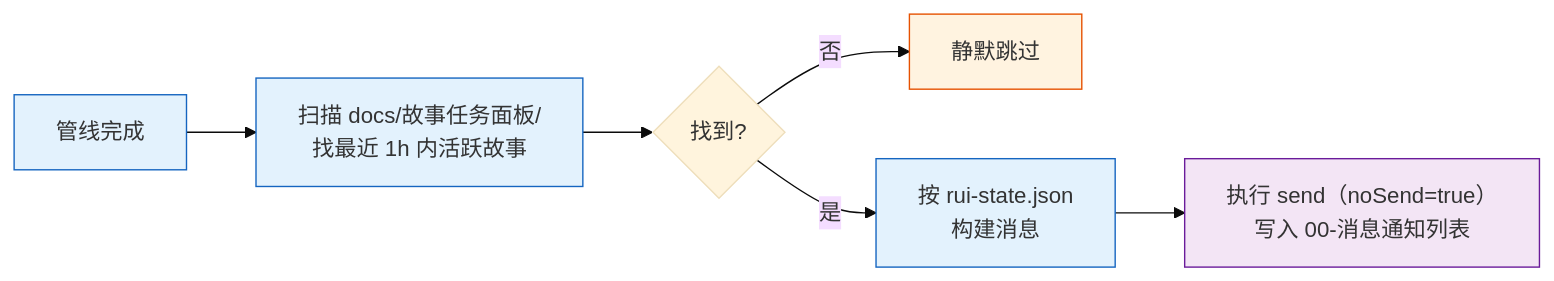
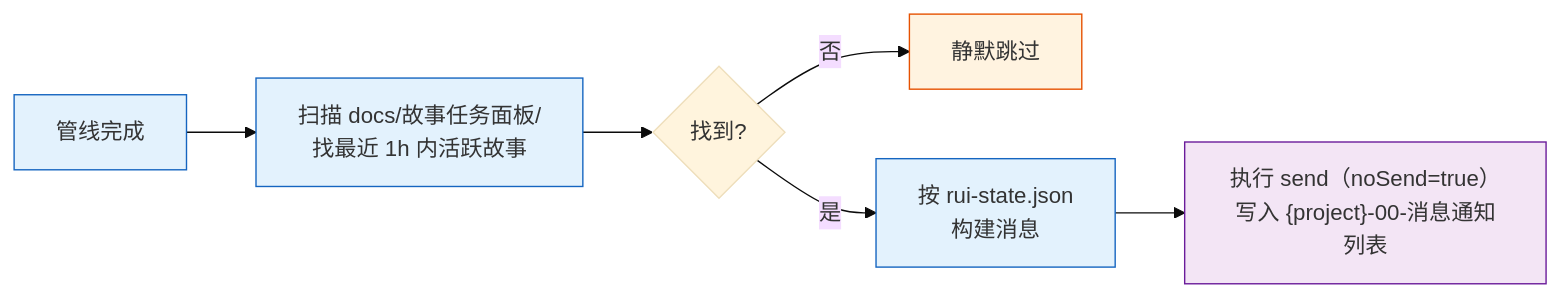
Before and after one commit to effiy/YrY: the eighth of 11 diagrams in skills/wework-bot/SKILL.md, drawn with Mermaid (base theme). The commit also changed other lines of this file and 17 other files, not shown here.

````diff
--- a/skills/wework-bot/SKILL.md
+++ b/skills/wework-bot/SKILL.md
@@ -272,13 +272,13 @@
 ```mermaid
 flowchart LR
     PIPE["管线完成"]:::s --> SCAN["扫描 docs/故事任务面板/<br/>找最近 1h 内活跃故事"]:::op
     SCAN --> Q{"找到?"}
     Q -->|"否"| SKIP["静默跳过"]:::warn
     Q -->|"是"| BUILD["按 rui-state.json<br/>构建消息"]:::op
-    BUILD --> APPEND["执行 send（noSend=true）<br/>写入 00-消息通知列表"]:::out
+    BUILD --> APPEND["执行 send（noSend=true）<br/>写入 {project}-00-消息通知列表"]:::out
 
     classDef s fill:#e3f2fd,stroke:#1565c0;
     classDef op fill:#e3f2fd,stroke:#1565c0;
     classDef warn fill:#fff3e0,stroke:#e65100;
     classDef out fill:#f3e5f5,stroke:#6a1b9a;
 ```
````
